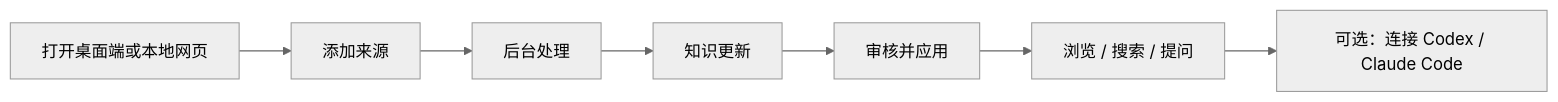
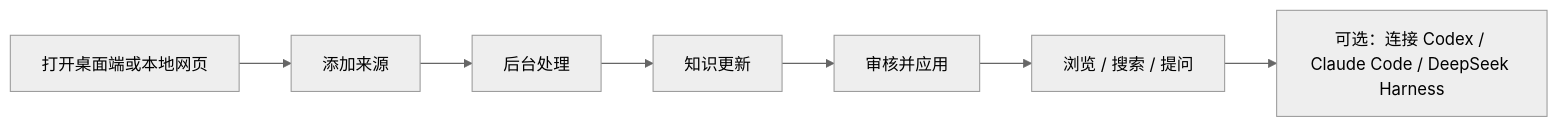
One commit to still0123/MemoryForge changed the diagram in docs/USER_GUIDE_CN.md. Above: the diagram before and after it, drawn with Mermaid (neutral theme). The commit also changed other lines of this file and 7 other files, not shown here.

Commit message:
feat: connect DeepSeek Harness to MemoryForge

````diff
--- a/docs/USER_GUIDE_CN.md
+++ b/docs/USER_GUIDE_CN.md
@@ -7,9 +7,9 @@
 ```mermaid
 flowchart LR
     A[打开桌面端或本地网页] --> B[添加来源]
     B --> C[后台处理]
     C --> D[知识更新]
     D --> E[审核并应用]
     E --> F[浏览 / 搜索 / 提问]
-    F --> G[可选：连接 Codex / Claude Code]
+    F --> G[可选：连接 Codex / Claude Code / DeepSeek Harness]
 ```
````
